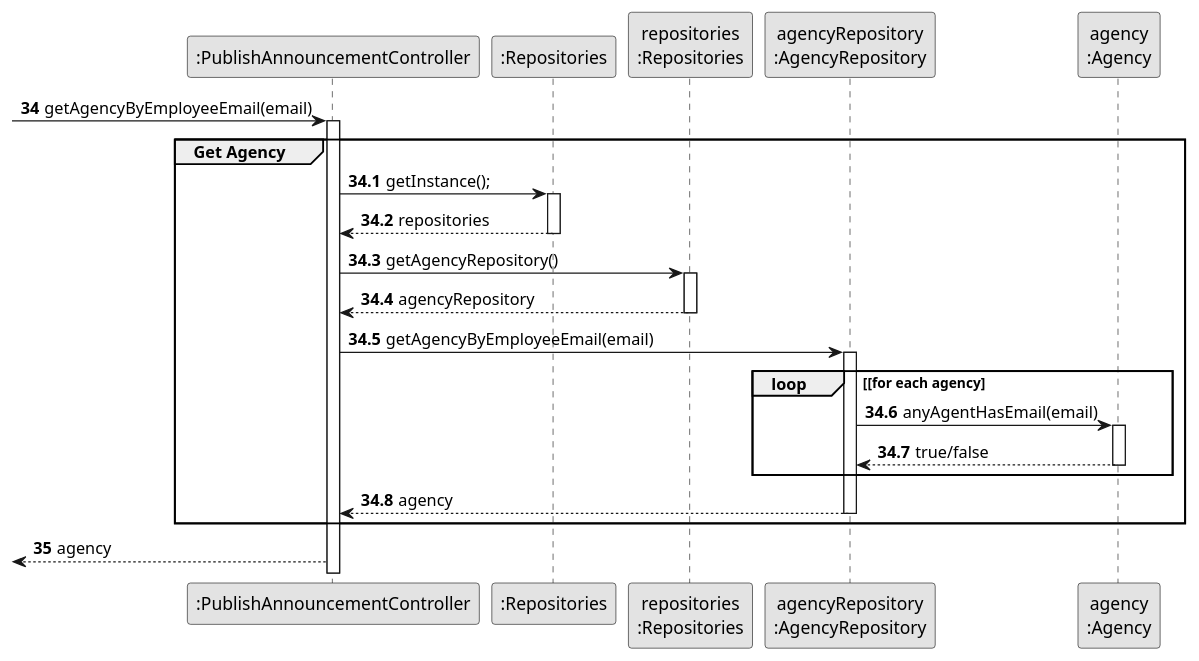
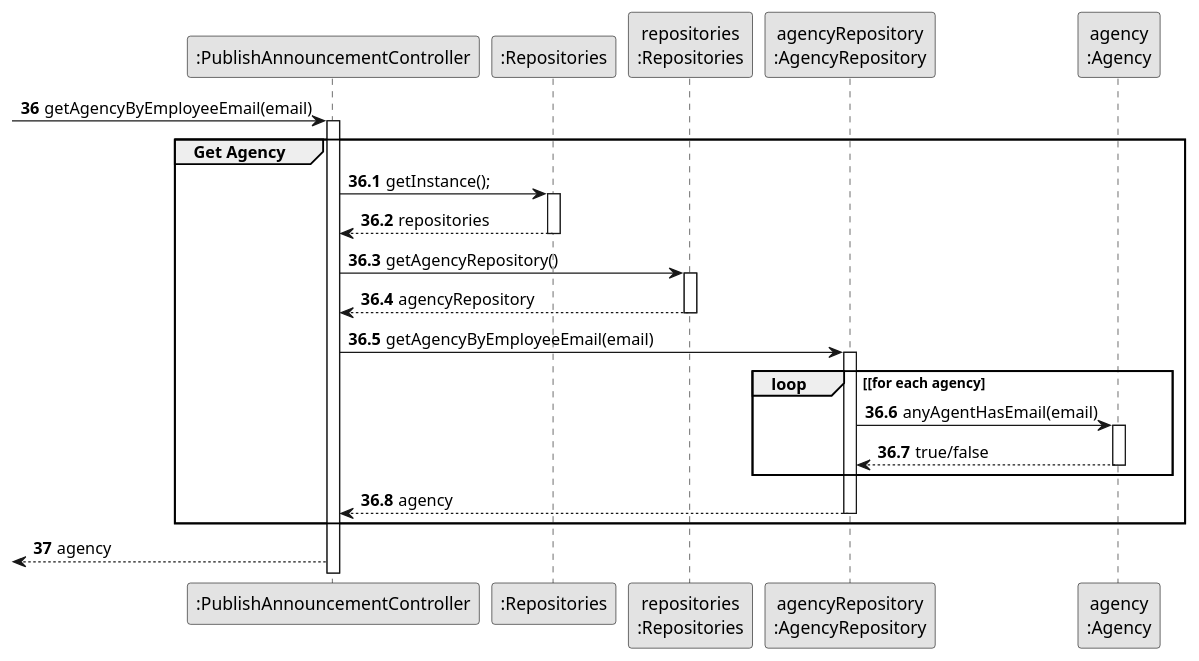
One commit to rita-barbosa/LAPR2-2223 changed the diagram in docs/sprintD/us002/03.design/puml/us002-sequence-diagram-partial-get-agency.puml. Above: the diagram before and after it, drawn with PlantUML. The commit also changed 19 other files, not shown here.

Commit message:
Update sequence diagrams [US002][Design][#05 Task]

```diff
--- a/docs/sprintD/us002/03.design/puml/us002-sequence-diagram-partial-get-agency.puml
+++ b/docs/sprintD/us002/03.design/puml/us002-sequence-diagram-partial-get-agency.puml
@@ -1,56 +1,56 @@
 @startuml
 skinparam monochrome true
 skinparam packageStyle rectangle
 skinparam shadowing false\
 
 
 
 participant ":PublishAnnouncementController" as CTRL
 participant ":Repositories" as RepositorySingleton
 participant "repositories\n:Repositories" as PLAT
 participant "agencyRepository\n:AgencyRepository" as AgencyRepository
 participant "agency\n:Agency" as AGENCY
 
 
-autonumber 34
+autonumber 36
 
              -> CTRL : getAgencyByEmployeeEmail(email)
              activate CTRL
 
-autonumber 34.1
+autonumber 36.1
 
     group Get Agency
 
              CTRL-> RepositorySingleton : getInstance();
              activate RepositorySingleton
 
              RepositorySingleton --> CTRL: repositories
              deactivate RepositorySingleton
 
 
              CTRL -> PLAT: getAgencyRepository()
              activate PLAT
 
              PLAT --> CTRL: agencyRepository
              deactivate PLAT
 
 
              CTRL -> AgencyRepository: getAgencyByEmployeeEmail(email)
              activate AgencyRepository
 
                  loop [for each agency
                      AgencyRepository -> AGENCY : anyAgentHasEmail(email)
                      activate AGENCY
 
                           AGENCY --> AgencyRepository : true/false
                      deactivate AGENCY
                  end
                  AgencyRepository --> CTRL : agency
              deactivate AgencyRepository
     end
 
-autonumber 35
+autonumber 37
 
     <-- CTRL : agency
 
 @enduml
```
